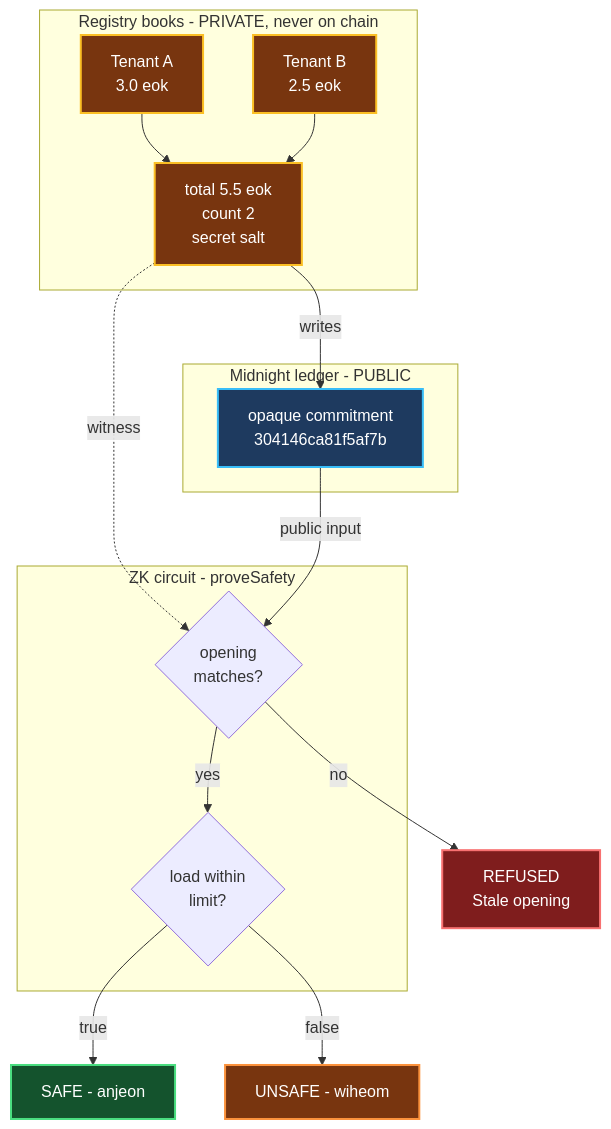
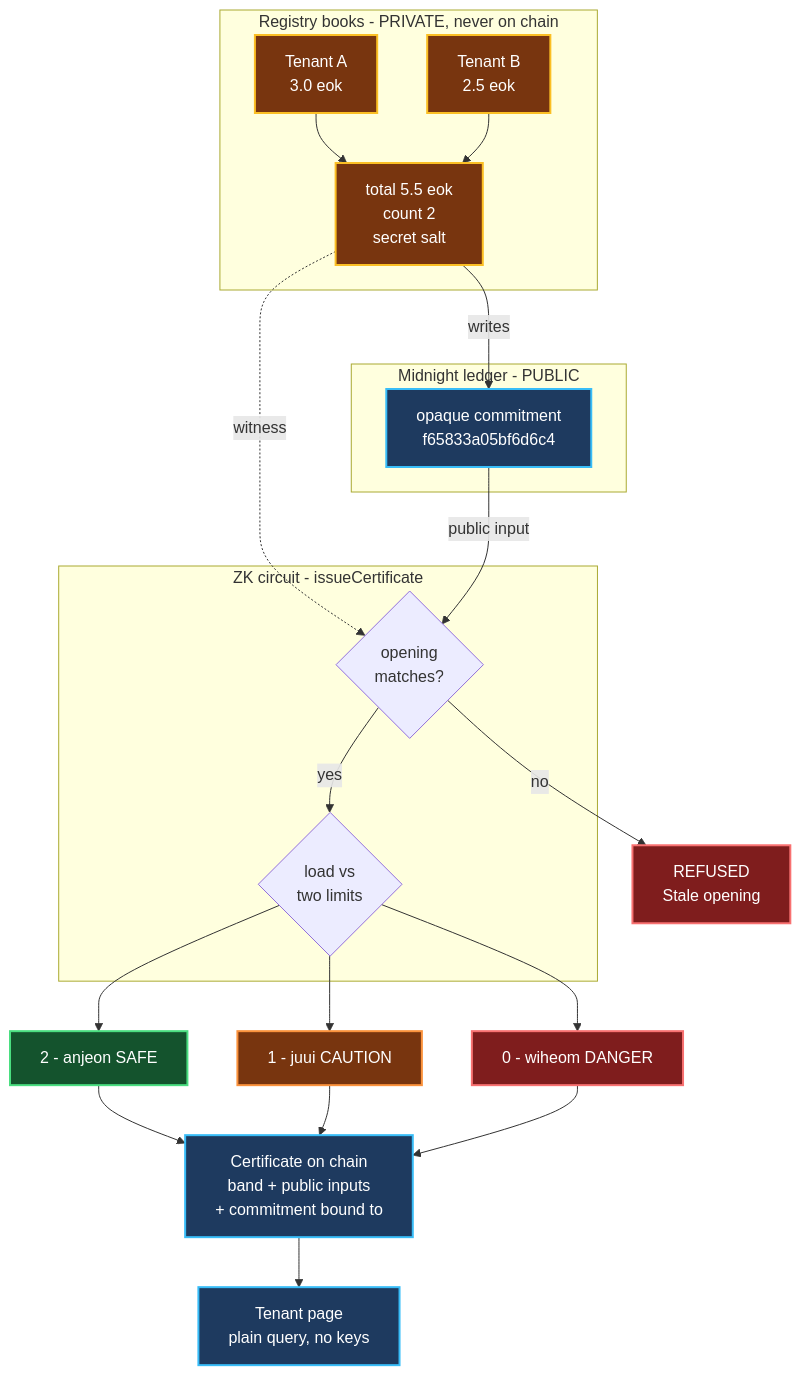
Before and after one commit to MJ-Jinx/waterline: the first of 2 diagrams in README.md, drawn with Mermaid. The commit also changed other lines of this file and 7 other files, not shown here.

````diff
--- a/README.md
+++ b/README.md
@@ -70,42 +70,53 @@
 ```mermaid
 flowchart TB
     subgraph PRIV["Registry books - PRIVATE, never on chain"]
         LA["Tenant A<br/>3.0 eok"]
         LB["Tenant B<br/>2.5 eok"]
         TOT["total 5.5 eok<br/>count 2<br/>secret salt"]
     end
 
     subgraph CHAIN["Midnight ledger - PUBLIC"]
-        COM["opaque commitment<br/>304146ca81f5af7b"]
+        COM["opaque commitment<br/>f65833a05bf6d6c4"]
     end
 
-    subgraph CIRCUIT["ZK circuit - proveSafety"]
+    subgraph CIRCUIT["ZK circuit - issueCertificate"]
         OPEN{"opening<br/>matches?"}
-        LOAD{"load within<br/>limit?"}
+        LOAD{"load vs<br/>two limits"}
     end
 
     FAIL["REFUSED<br/>Stale opening"]
-    SAFE["SAFE - anjeon"]
-    RISK["UNSAFE - wiheom"]
+    CERT["Certificate on chain<br/>band + public inputs<br/>+ commitment bound to"]
+    SAFE["2 - anjeon SAFE"]
+    CAUT["1 - juui CAUTION"]
+    RISK["0 - wiheom DANGER"]
+    TEN["Tenant page<br/>plain query, no keys"]
 
     LA --> TOT
     LB --> TOT
     TOT -->|"writes"| COM
     TOT -.->|"witness"| OPEN
     COM -->|"public input"| OPEN
     OPEN -->|"no"| FAIL
     OPEN -->|"yes"| LOAD
-    LOAD -->|"true"| SAFE
-    LOAD -->|"false"| RISK
+    LOAD --> SAFE
+    LOAD --> CAUT
+    LOAD --> RISK
+    SAFE --> CERT
+    CAUT --> CERT
+    RISK --> CERT
+    CERT --> TEN
 
     classDef priv fill:#78350f,stroke:#fbbf24,stroke-width:2px,color:#fff
     classDef pub fill:#1e3a5f,stroke:#38bdf8,stroke-width:2px,color:#fff
     classDef bad fill:#7f1d1d,stroke:#f87171,stroke-width:2px,color:#fff
     classDef good fill:#14532d,stroke:#4ade80,stroke-width:2px,color:#fff
     classDef warn fill:#78350f,stroke:#fb923c,stroke-width:2px,color:#fff
     class LA,LB,TOT priv
     class COM pub
     class FAIL bad
     class SAFE good
-    class RISK warn
+    class CAUT warn
+    class RISK bad
+    class CERT pub
+    class TEN pub
 ```
````
